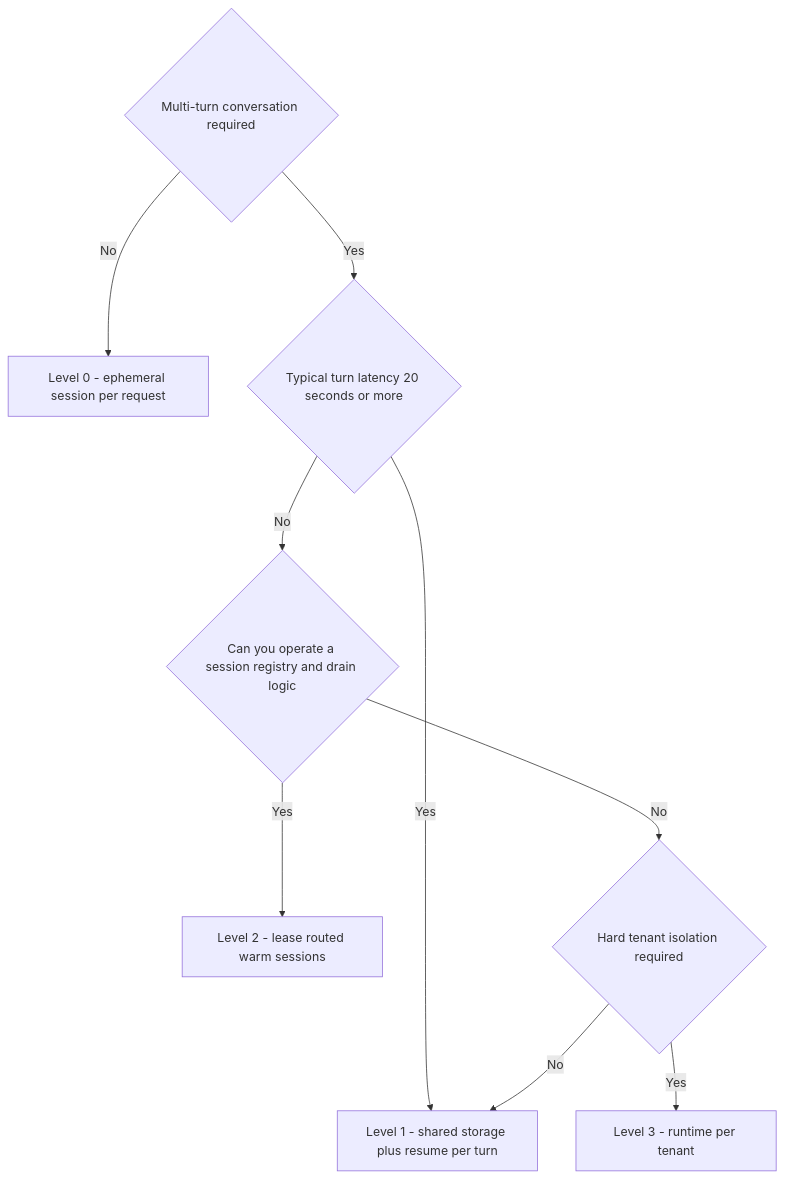
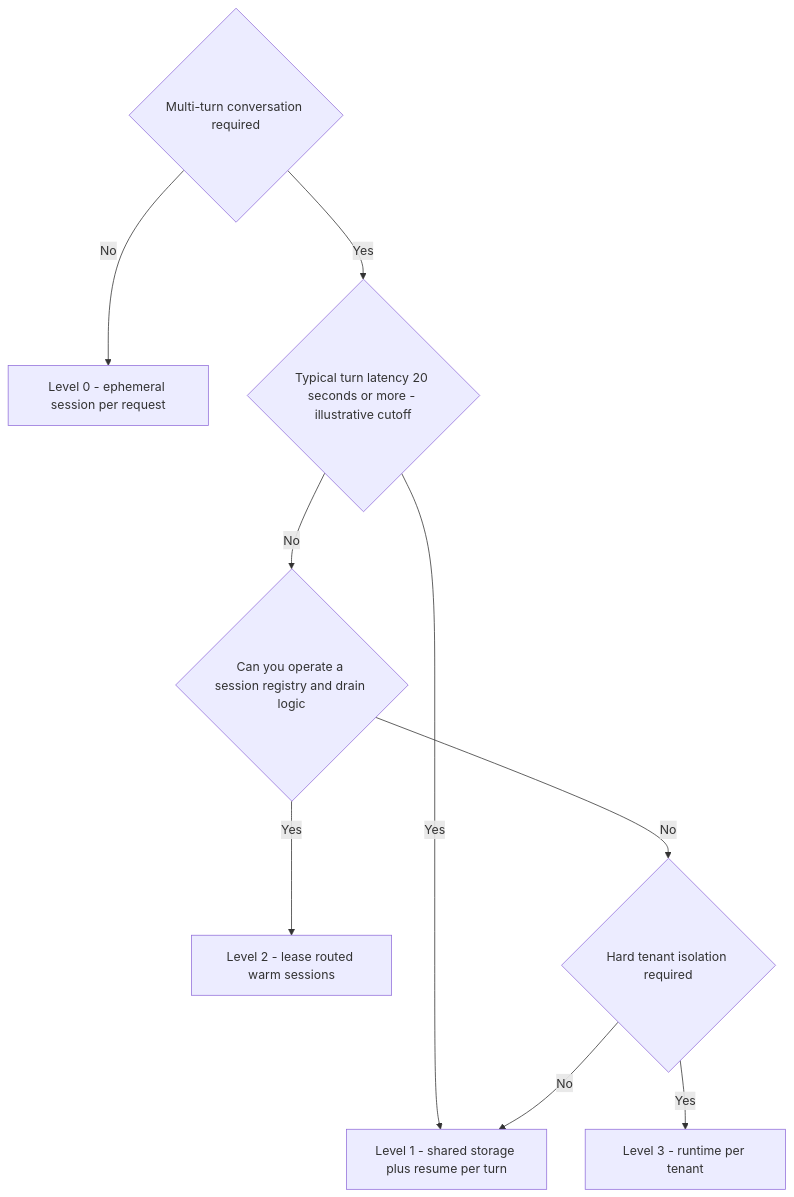
One commit to yoichiozaki/yoichiozaki.github.io changed the third of 5 diagrams in content/blog/en/copilot-sdk-stateless-server.mdx. Above: the diagram before and after it, drawn with Mermaid. The commit also changed other lines of this file and 220 other files, not shown here.

````diff
--- a/content/blog/en/copilot-sdk-stateless-server.mdx
+++ b/content/blog/en/copilot-sdk-stateless-server.mdx
@@ -141,12 +141,12 @@
 ```mermaid
 flowchart TD
     Q1{Multi-turn conversation required}
     Q1 -->|No| L0[Level 0 - ephemeral session per request]
-    Q1 -->|Yes| Q2{Typical turn latency 20 seconds or more}
+    Q1 -->|Yes| Q2{Typical turn latency 20 seconds or more - illustrative cutoff}
     Q2 -->|Yes| L1[Level 1 - shared storage plus resume per turn]
     Q2 -->|No| Q3{Can you operate a session registry and drain logic}
     Q3 -->|Yes| L2[Level 2 - lease routed warm sessions]
     Q3 -->|No| Q4{Hard tenant isolation required}
     Q4 -->|Yes| L3[Level 3 - runtime per tenant]
     Q4 -->|No| L1
 ```
````
